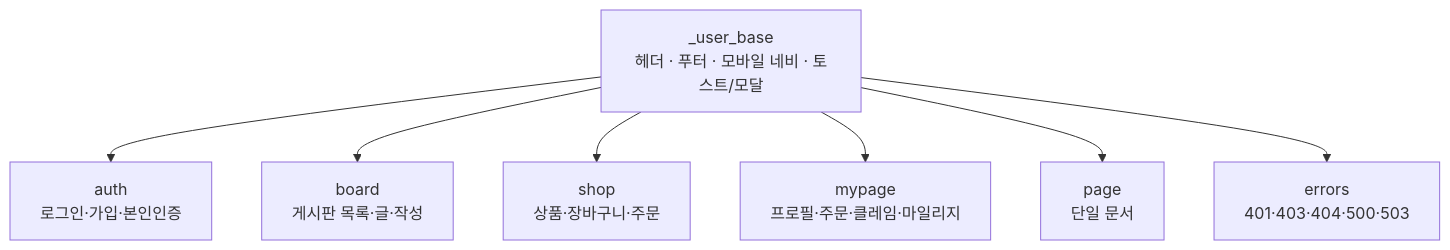
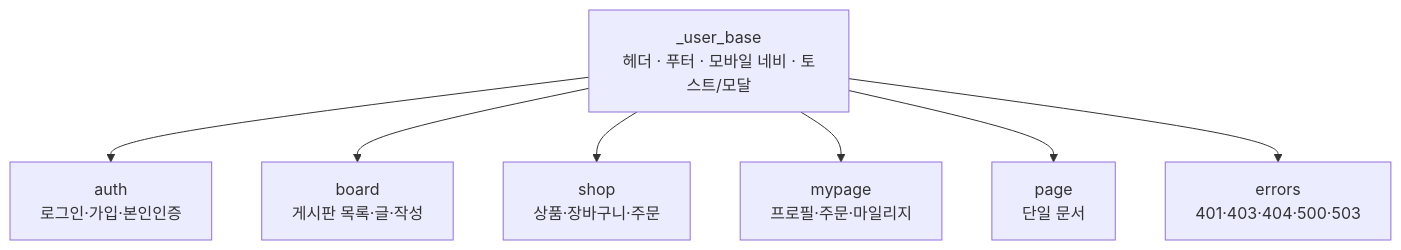
One commit to gnuboard/g7 changed the first of 2 diagrams in templates/_bundled/sirsoft-basic/README.md. Above: the diagram before and after it, drawn with Mermaid. The commit also changed other lines of this file and 12552 other files, not shown here.

````diff
--- a/templates/_bundled/sirsoft-basic/README.md
+++ b/templates/_bundled/sirsoft-basic/README.md
@@ -59,9 +61,9 @@
 ```mermaid
 flowchart TD
   B[_user_base<br/>헤더 · 푸터 · 모바일 네비 · 토스트/모달] --> A[auth<br/>로그인·가입·본인인증]
   B --> BD[board<br/>게시판 목록·글·작성]
   B --> S[shop<br/>상품·장바구니·주문]
-  B --> M[mypage<br/>프로필·주문·클레임·마일리지]
+  B --> M[mypage<br/>프로필·주문·마일리지]
   B --> P[page<br/>단일 문서]
   B --> E[errors<br/>401·403·404·500·503]
 ```
````
